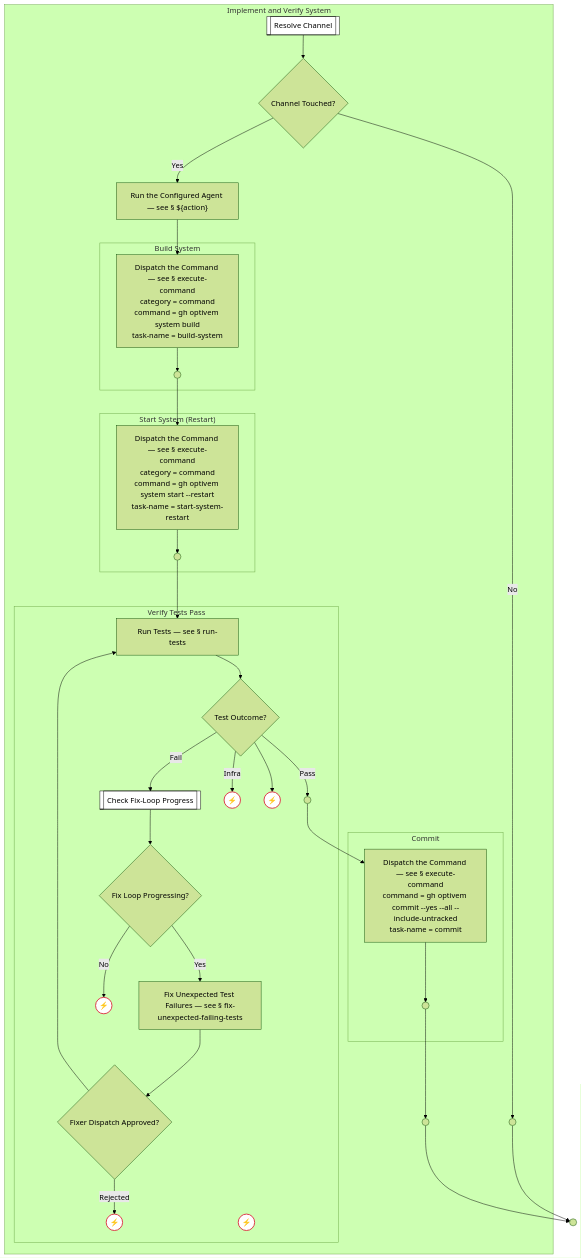
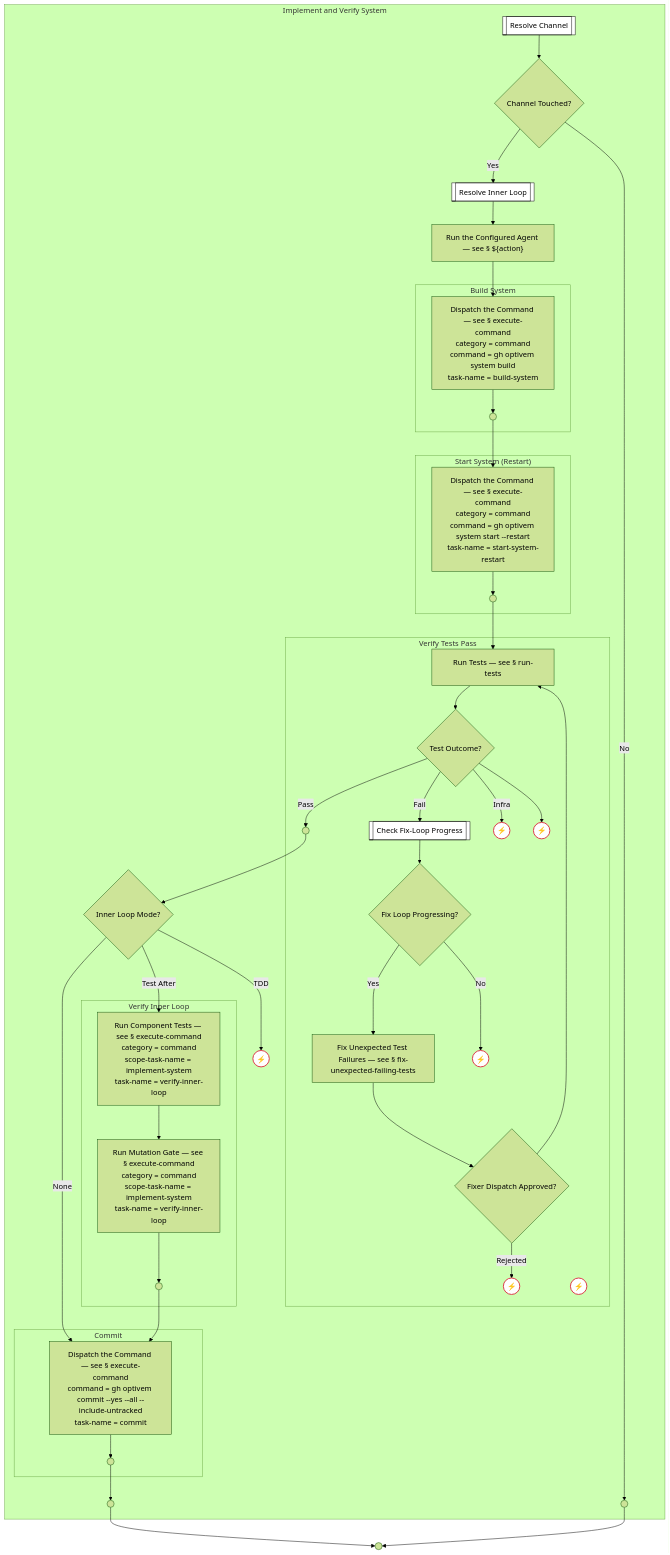
The ninth of 11 diagrams in docs/process-diagram-expanded.md (optivem/gh-optivem), drawn with Mermaid (forest theme) before and after one commit. The commit also changed other lines of this file and 4 other files, not shown here.

Commit message:
atdd: regenerate process-flow diagram

````diff
--- a/docs/process-diagram-expanded.md
+++ b/docs/process-diagram-expanded.md
@@ -619,8 +664,11 @@
     subgraph IMPLEMENT_AND_VERIFY_SYSTEM[Implement and Verify System]
     IMPLEMENT_AND_VERIFY_SYSTEM__RESOLVE_CHANNEL[[Resolve Channel]]
     IMPLEMENT_AND_VERIFY_SYSTEM__GATE_CHANNEL_TOUCHED{Channel Touched?}
+    IMPLEMENT_AND_VERIFY_SYSTEM__RESOLVE_INNER_LOOP[[Resolve Inner Loop]]
+    IMPLEMENT_AND_VERIFY_SYSTEM__CHANNEL_SKIPPED(( ))
     IMPLEMENT_AND_VERIFY_SYSTEM__RUN_ACTION["Run the Configured Agent — see § ${action}"]
-    IMPLEMENT_AND_VERIFY_SYSTEM__CHANNEL_SKIPPED(( ))
+    IMPLEMENT_AND_VERIFY_SYSTEM__GATE_INNER_LOOP{Inner Loop Mode?}
+    IMPLEMENT_AND_VERIFY_SYSTEM__INNER_LOOP_TDD_UNSUPPORTED((⚡))
     IMPLEMENT_AND_VERIFY_SYSTEM__IMPL_AND_VERIFY_SYSTEM_END(( ))
     subgraph IMPLEMENT_AND_VERIFY_SYSTEM__BUILD_SYSTEM[Build System]
     IMPLEMENT_AND_VERIFY_SYSTEM__BUILD_SYSTEM__EXECUTE_COMMAND["Dispatch the Command — see § execute-command<br/>category = command<br/>command = gh optivem system build<br/>task-name = build-system"]
@@ -648,6 +696,11 @@
     IMPLEMENT_AND_VERIFY_SYSTEM__COMMIT_SYSTEM__EXECUTE_COMMAND["Dispatch the Command — see § execute-command<br/>command = gh optivem commit --yes --all --include-untracked<br/>task-name = commit"]
     IMPLEMENT_AND_VERIFY_SYSTEM__COMMIT_SYSTEM__COMMIT_MID_END(( ))
     end
+    subgraph IMPLEMENT_AND_VERIFY_SYSTEM__VERIFY_INNER_LOOP[Verify Inner Loop]
+    IMPLEMENT_AND_VERIFY_SYSTEM__VERIFY_INNER_LOOP__RUN_COMPONENT_TESTS["Run Component Tests — see § execute-command<br/>category = command<br/>scope-task-name = implement-system<br/>task-name = verify-inner-loop"]
+    IMPLEMENT_AND_VERIFY_SYSTEM__VERIFY_INNER_LOOP__RUN_MUTATION_GATE["Run Mutation Gate — see § execute-command<br/>category = command<br/>scope-task-name = implement-system<br/>task-name = verify-inner-loop"]
+    IMPLEMENT_AND_VERIFY_SYSTEM__VERIFY_INNER_LOOP__VERIFY_INNER_LOOP_END(( ))
+    end
     end
 
     IMPLEMENT_AND_VERIFY_SYSTEM__BUILD_SYSTEM__EXECUTE_COMMAND --> IMPLEMENT_AND_VERIFY_SYSTEM__BUILD_SYSTEM__BUILD_SYS_END
@@ -664,20 +717,27 @@
     IMPLEMENT_AND_VERIFY_SYSTEM__VERIFY_TESTS_PASS__GATE_FIX_FLOW_APPROVED -- Rejected --> IMPLEMENT_AND_VERIFY_SYSTEM__VERIFY_TESTS_PASS__FIX_FLOW_NOT_APPROVED
     IMPLEMENT_AND_VERIFY_SYSTEM__VERIFY_TESTS_PASS__GATE_FIX_FLOW_APPROVED --> IMPLEMENT_AND_VERIFY_SYSTEM__VERIFY_TESTS_PASS__RUN_TESTS
     IMPLEMENT_AND_VERIFY_SYSTEM__COMMIT_SYSTEM__EXECUTE_COMMAND --> IMPLEMENT_AND_VERIFY_SYSTEM__COMMIT_SYSTEM__COMMIT_MID_END
+    IMPLEMENT_AND_VERIFY_SYSTEM__VERIFY_INNER_LOOP__RUN_COMPONENT_TESTS --> IMPLEMENT_AND_VERIFY_SYSTEM__VERIFY_INNER_LOOP__RUN_MUTATION_GATE
+    IMPLEMENT_AND_VERIFY_SYSTEM__VERIFY_INNER_LOOP__RUN_MUTATION_GATE --> IMPLEMENT_AND_VERIFY_SYSTEM__VERIFY_INNER_LOOP__VERIFY_INNER_LOOP_END
     IMPLEMENT_AND_VERIFY_SYSTEM__RESOLVE_CHANNEL --> IMPLEMENT_AND_VERIFY_SYSTEM__GATE_CHANNEL_TOUCHED
-    IMPLEMENT_AND_VERIFY_SYSTEM__GATE_CHANNEL_TOUCHED -- Yes --> IMPLEMENT_AND_VERIFY_SYSTEM__RUN_ACTION
+    IMPLEMENT_AND_VERIFY_SYSTEM__GATE_CHANNEL_TOUCHED -- Yes --> IMPLEMENT_AND_VERIFY_SYSTEM__RESOLVE_INNER_LOOP
     IMPLEMENT_AND_VERIFY_SYSTEM__GATE_CHANNEL_TOUCHED -- No --> IMPLEMENT_AND_VERIFY_SYSTEM__CHANNEL_SKIPPED
+    IMPLEMENT_AND_VERIFY_SYSTEM__RESOLVE_INNER_LOOP --> IMPLEMENT_AND_VERIFY_SYSTEM__RUN_ACTION
     IMPLEMENT_AND_VERIFY_SYSTEM__RUN_ACTION --> IMPLEMENT_AND_VERIFY_SYSTEM__BUILD_SYSTEM__EXECUTE_COMMAND
     IMPLEMENT_AND_VERIFY_SYSTEM__BUILD_SYSTEM__BUILD_SYS_END --> IMPLEMENT_AND_VERIFY_SYSTEM__START_SYSTEM__EXECUTE_COMMAND
     IMPLEMENT_AND_VERIFY_SYSTEM__START_SYSTEM__START_SYS_RESTART_END --> IMPLEMENT_AND_VERIFY_SYSTEM__VERIFY_TESTS_PASS__RUN_TESTS
-    IMPLEMENT_AND_VERIFY_SYSTEM__VERIFY_TESTS_PASS__VERIFY_PASS_END --> IMPLEMENT_AND_VERIFY_SYSTEM__COMMIT_SYSTEM__EXECUTE_COMMAND
+    IMPLEMENT_AND_VERIFY_SYSTEM__VERIFY_TESTS_PASS__VERIFY_PASS_END --> IMPLEMENT_AND_VERIFY_SYSTEM__GATE_INNER_LOOP
+    IMPLEMENT_AND_VERIFY_SYSTEM__GATE_INNER_LOOP -- None --> IMPLEMENT_AND_VERIFY_SYSTEM__COMMIT_SYSTEM__EXECUTE_COMMAND
+    IMPLEMENT_AND_VERIFY_SYSTEM__GATE_INNER_LOOP -- Test After --> IMPLEMENT_AND_VERIFY_SYSTEM__VERIFY_INNER_LOOP__RUN_COMPONENT_TESTS
+    IMPLEMENT_AND_VERIFY_SYSTEM__GATE_INNER_LOOP -- TDD --> IMPLEMENT_AND_VERIFY_SYSTEM__INNER_LOOP_TDD_UNSUPPORTED
+    IMPLEMENT_AND_VERIFY_SYSTEM__VERIFY_INNER_LOOP__VERIFY_INNER_LOOP_END --> IMPLEMENT_AND_VERIFY_SYSTEM__COMMIT_SYSTEM__EXECUTE_COMMAND
     IMPLEMENT_AND_VERIFY_SYSTEM__COMMIT_SYSTEM__COMMIT_MID_END --> IMPLEMENT_AND_VERIFY_SYSTEM__IMPL_AND_VERIFY_SYSTEM_END
     IMPLEMENT_AND_VERIFY_SYSTEM__CHANNEL_SKIPPED --> REFACTOR_SYSTEM_STRUCTURE_END
     IMPLEMENT_AND_VERIFY_SYSTEM__IMPL_AND_VERIFY_SYSTEM_END --> REFACTOR_SYSTEM_STRUCTURE_END
 
     classDef serviceNode fill:#ffffff,stroke:#000000,stroke-width:1px,color:#000000
-    class IMPLEMENT_AND_VERIFY_SYSTEM__RESOLVE_CHANNEL,IMPLEMENT_AND_VERIFY_SYSTEM__VERIFY_TESTS_PASS__CHECK_FIX_PROGRESS serviceNode
+    class IMPLEMENT_AND_VERIFY_SYSTEM__RESOLVE_CHANNEL,IMPLEMENT_AND_VERIFY_SYSTEM__RESOLVE_INNER_LOOP,IMPLEMENT_AND_VERIFY_SYSTEM__VERIFY_TESTS_PASS__CHECK_FIX_PROGRESS serviceNode
 
     classDef errorEndNode fill:#ffffff,stroke:#dc3545,stroke-width:2px,color:#000000
-    class IMPLEMENT_AND_VERIFY_SYSTEM__VERIFY_TESTS_PASS__TESTS_INFRA_HALT,IMPLEMENT_AND_VERIFY_SYSTEM__VERIFY_TESTS_PASS__UNKNOWN_TESTS_OUTCOME,IMPLEMENT_AND_VERIFY_SYSTEM__VERIFY_TESTS_PASS__FIX_LOOP_NO_PROGRESS_EXHAUSTED,IMPLEMENT_AND_VERIFY_SYSTEM__VERIFY_TESTS_PASS__FIX_FLOW_NOT_APPROVED,IMPLEMENT_AND_VERIFY_SYSTEM__VERIFY_TESTS_PASS__FIX_LOOP_EXHAUSTED errorEndNode
+    class IMPLEMENT_AND_VERIFY_SYSTEM__VERIFY_TESTS_PASS__TESTS_INFRA_HALT,IMPLEMENT_AND_VERIFY_SYSTEM__VERIFY_TESTS_PASS__UNKNOWN_TESTS_OUTCOME,IMPLEMENT_AND_VERIFY_SYSTEM__VERIFY_TESTS_PASS__FIX_LOOP_NO_PROGRESS_EXHAUSTED,IMPLEMENT_AND_VERIFY_SYSTEM__VERIFY_TESTS_PASS__FIX_FLOW_NOT_APPROVED,IMPLEMENT_AND_VERIFY_SYSTEM__VERIFY_TESTS_PASS__FIX_LOOP_EXHAUSTED,IMPLEMENT_AND_VERIFY_SYSTEM__INNER_LOOP_TDD_UNSUPPORTED errorEndNode
 ```
````
